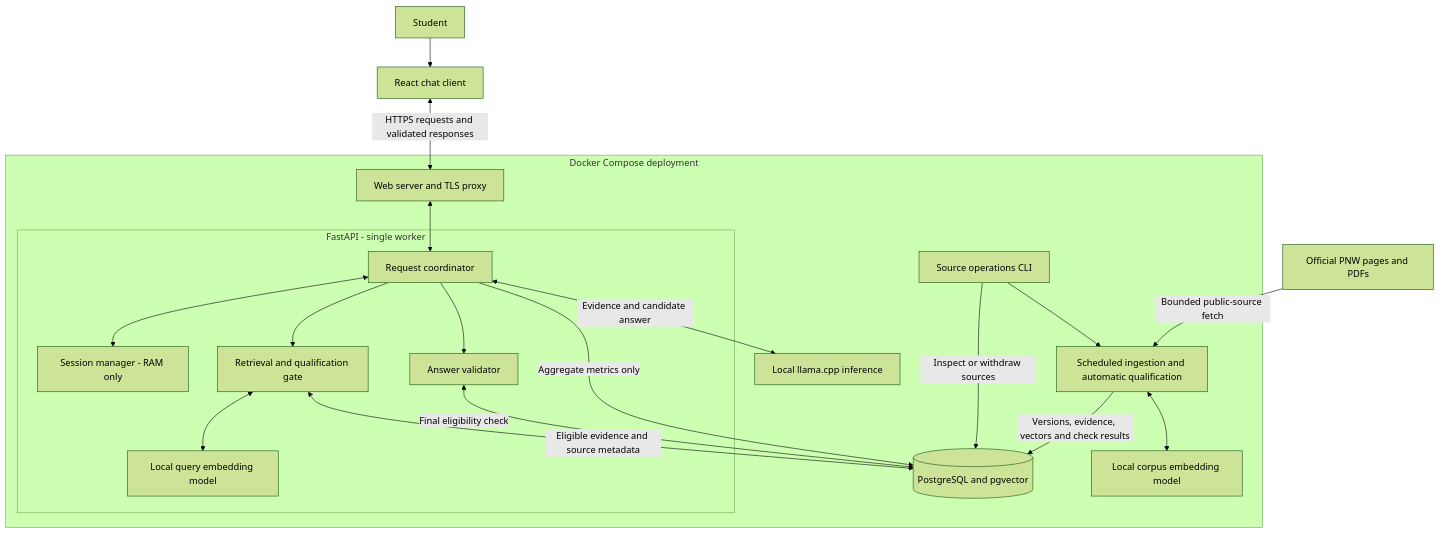
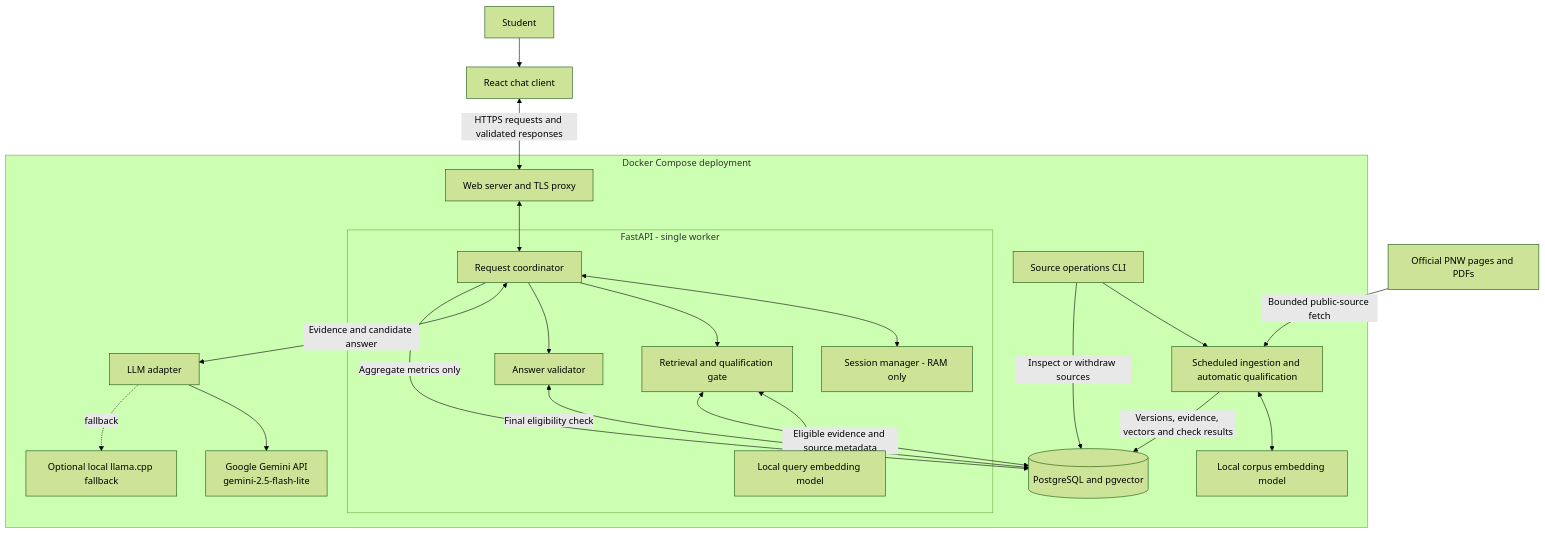
Before and after one commit to DKCodes-03/ChatBox: the first of 3 diagrams in specs/001-pnw-student-chatbot/plan.md, drawn with Mermaid (forest theme). The commit also changed other lines of this file and 3 other files, not shown here.

Commit message:
completed adding free api google gemini

````diff
--- a/specs/001-pnw-student-chatbot/plan.md
+++ b/specs/001-pnw-student-chatbot/plan.md
@@ -96,35 +103,39 @@
 ```mermaid
 flowchart TB
     Student[Student] --> Browser[React chat client]
     Sources[Official PNW pages and PDFs]
     subgraph Host[Docker Compose deployment]
         Web[Web server and TLS proxy]
         subgraph API[FastAPI - single worker]
             Coordinator[Request coordinator]
             Session[Session manager - RAM only]
             Retrieval[Retrieval and qualification gate]
             QueryEmbed[Local query embedding model]
             Validator[Answer validator]
             Coordinator <--> Session
             Coordinator --> Retrieval
             Retrieval <--> QueryEmbed
             Coordinator --> Validator
         end
-        Model[Local llama.cpp inference]
+        Model[LLM adapter]
+        Gemini[Google Gemini API\n gemini-2.5-flash-lite]
+        Local[Optional local llama.cpp fallback]
         DB[(PostgreSQL and pgvector)]
         Ingest[Scheduled ingestion and automatic qualification]
         CorpusEmbed[Local corpus embedding model]
         Operator[Source operations CLI]
         Web <--> Coordinator
         Retrieval <-->|Eligible evidence and source metadata| DB
         Coordinator <-->|Evidence and candidate answer| Model
+        Model --> Gemini
+        Model -. fallback .-> Local
         Validator <-->|Final eligibility check| DB
         Coordinator -->|Aggregate metrics only| DB
         Operator --> Ingest
         Operator -->|Inspect or withdraw sources| DB
         Ingest <--> CorpusEmbed
         Ingest -->|Versions, evidence, vectors and check results| DB
     end
     Browser <-->|HTTPS requests and validated responses| Web
     Sources -->|Bounded public-source fetch| Ingest
 ```
````
